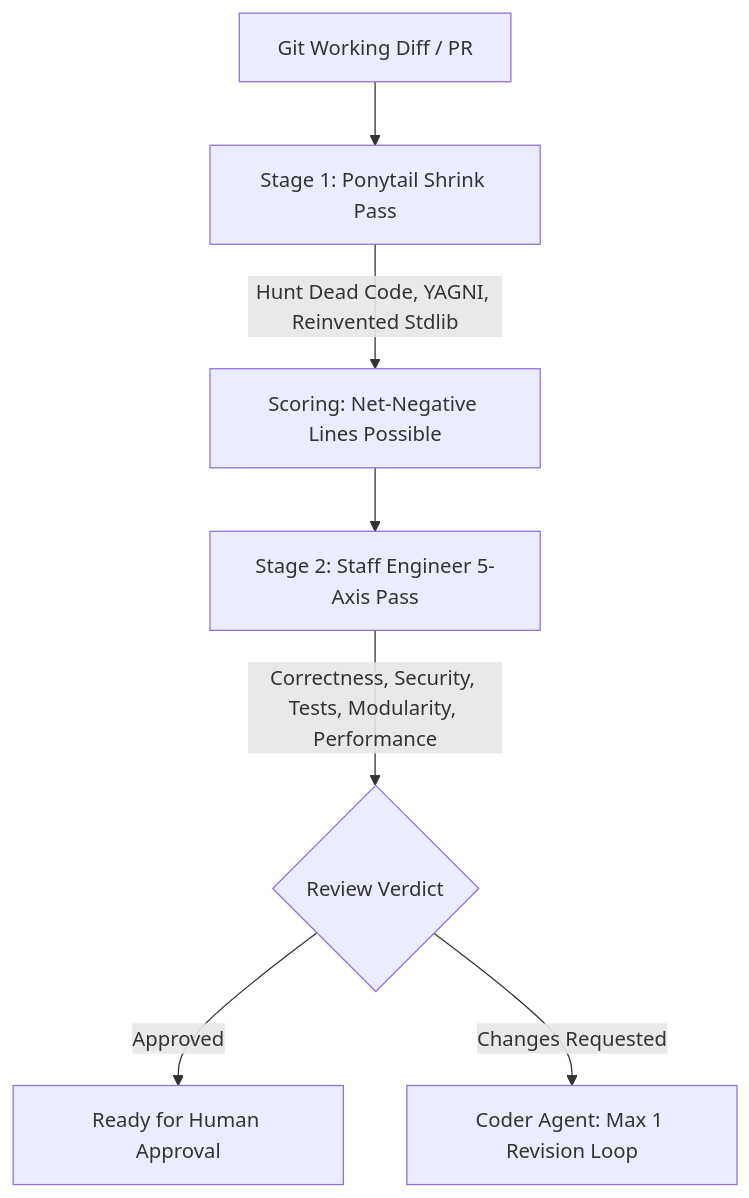
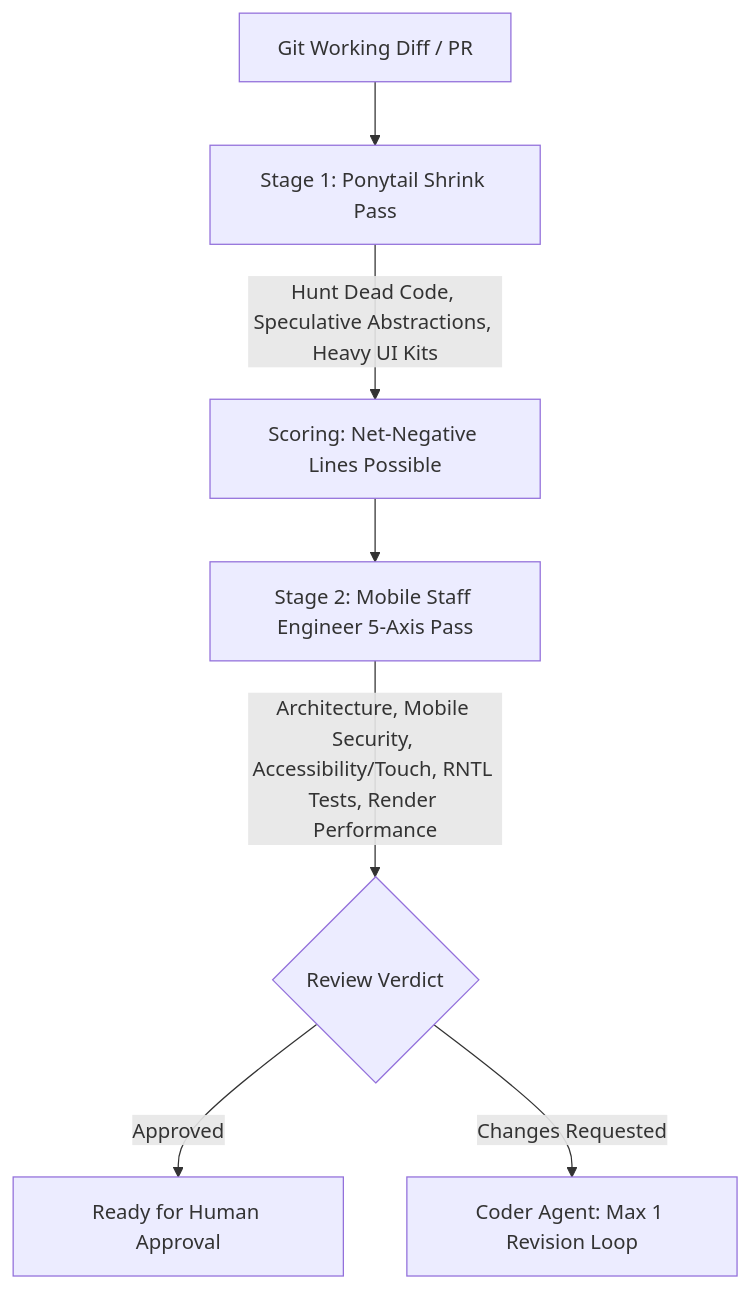
Before and after one commit to malejandro80/hubik-mobile: the diagram in .agents/skills/code-review/SKILL.md, drawn with Mermaid. The commit also changed other lines of this file and 29 other files, not shown here.

````diff
--- a/.agents/skills/code-review/SKILL.md
+++ b/.agents/skills/code-review/SKILL.md
@@ -23,9 +23,9 @@
 ```mermaid
 flowchart TD
     Diff[Git Working Diff / PR] --> S1[Stage 1: Ponytail Shrink Pass]
-    S1 -->|Hunt Dead Code, YAGNI, Reinvented Stdlib| Metric1[Scoring: Net-Negative Lines Possible]
-    Metric1 --> S2[Stage 2: Staff Engineer 5-Axis Pass]
-    S2 -->|Correctness, Security, Tests, Modularity, Performance| Verdict{Review Verdict}
+    S1 -->|Hunt Dead Code, Speculative Abstractions, Heavy UI Kits| Metric1[Scoring: Net-Negative Lines Possible]
+    Metric1 --> S2[Stage 2: Mobile Staff Engineer 5-Axis Pass]
+    S2 -->|Architecture, Mobile Security, Accessibility/Touch, RNTL Tests, Render Performance| Verdict{Review Verdict}
     Verdict -->|Approved| Ship[Ready for Human Approval]
     Verdict -->|Changes Requested| Fix[Coder Agent: Max 1 Revision Loop]
 ```
````
